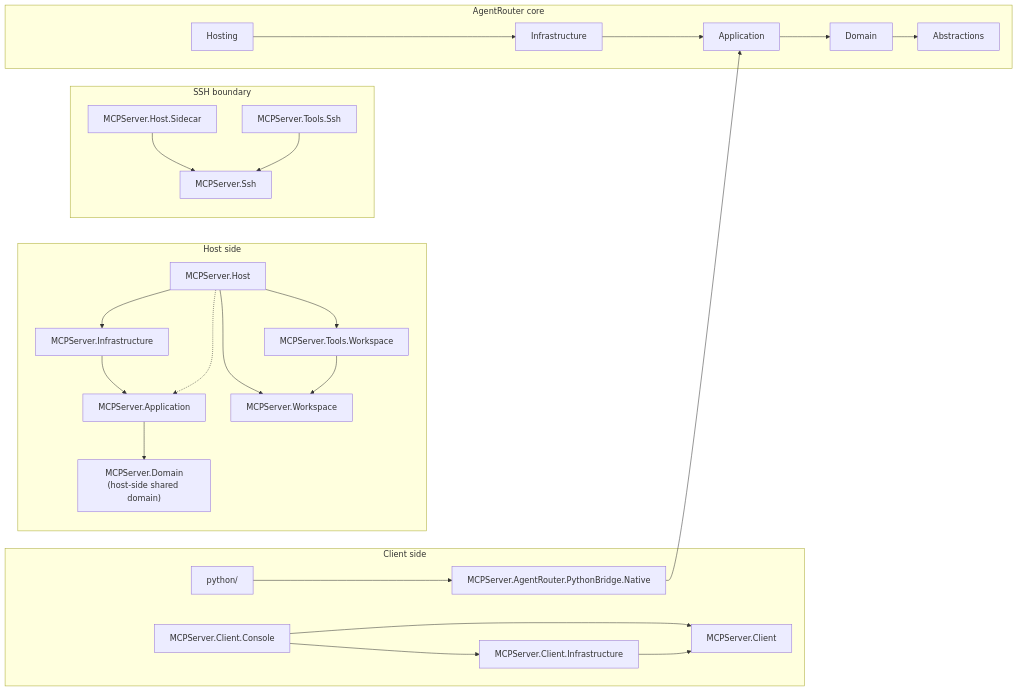
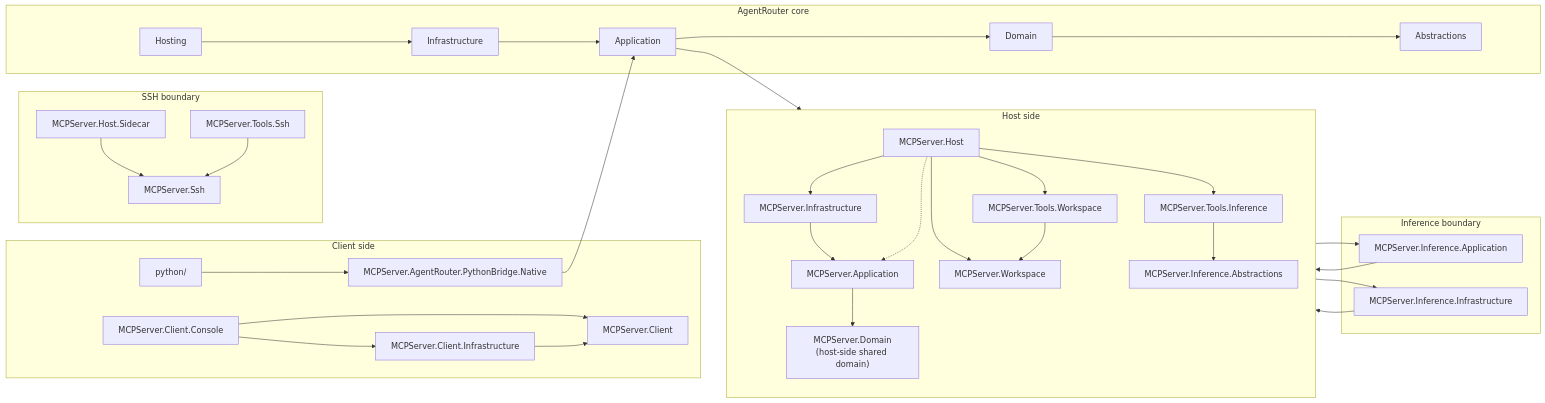
Before and after one commit to haxxornulled/SharpMCPServer: the diagram in README.md, drawn with Mermaid. The commit also changed other lines of this file and 102 other files, not shown here.

````diff
--- a/README.md
+++ b/README.md
@@ -37,54 +39,69 @@
 ```mermaid
 flowchart LR
     subgraph ClientSide["Client side"]
         Console["MCPServer.Client.Console"]
         ClientLib["MCPServer.Client"]
         ClientInfra["MCPServer.Client.Infrastructure"]
         Python["python/"]
         Native["MCPServer.AgentRouter.PythonBridge.Native"]
     end
 
     subgraph HostSide["Host side"]
         direction TB
         MainHost["MCPServer.Host"]
         Infra["MCPServer.Infrastructure"]
         App["MCPServer.Application"]
         Domain["MCPServer.Domain\n(host-side shared domain)"]
         Workspace["MCPServer.Workspace"]
         WorkspaceTools["MCPServer.Tools.Workspace"]
+        InfTools["MCPServer.Tools.Inference"]
 
         MainHost --> Infra
         Infra --> App
         App --> Domain
         MainHost -.-> App
         MainHost --> Workspace
         MainHost --> WorkspaceTools
+        MainHost --> InfTools
         WorkspaceTools --> Workspace
+        InfTools --> InfAbs
     end
 
     subgraph SshBoundary["SSH boundary"]
         Sidecar["MCPServer.Host.Sidecar"]
         Ssh["MCPServer.Ssh"]
         SshTools["MCPServer.Tools.Ssh"]
 
         Sidecar --> Ssh
         SshTools --> Ssh
+    end
+
+    subgraph InferenceBoundary["Inference boundary"]
+        InfApp["MCPServer.Inference.Application"]
+        InfInfra["MCPServer.Inference.Infrastructure"]
+        InfAbs["MCPServer.Inference.Abstractions"]
+
+        InfApp --> InfAbs
+        InfInfra --> InfAbs
     end
 
     subgraph RouterCore["AgentRouter core"]
         ARAbs["Abstractions"]
         ARDom["Domain"]
         ARApp["Application"]
         ARInfra["Infrastructure"]
         ARHost["Hosting"]
     end
 
     Console --> ClientLib
     Console --> ClientInfra
     ClientInfra --> ClientLib
 
     Python --> Native
     Native --> ARApp
+    ARApp --> InfAbs
+    MainHost --> InfApp
+    MainHost --> InfInfra
 
     ARHost --> ARInfra --> ARApp --> ARDom --> ARAbs
 ```
````
